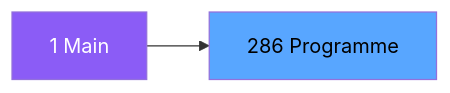
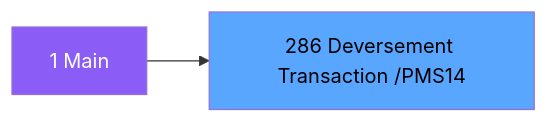
The second of 3 diagrams in .openspec/specs/ADH-IDE-286.md (thonyAGP/magic-migration), drawn with Mermaid before and after one commit. The commit also changed other lines of this file and 323 other files, not shown here.

````diff
--- a/.openspec/specs/ADH-IDE-286.md
+++ b/.openspec/specs/ADH-IDE-286.md
@@ -119,8 +145,8 @@
 ```mermaid
 graph LR
     M[1 Main]
-    T[286 Programme]
+    T[286 Deversement Transaction /PMS14]
     M --> T
     style M fill:#8b5cf6,color:#fff
     style T fill:#58a6ff,color:#000
 ```
````
